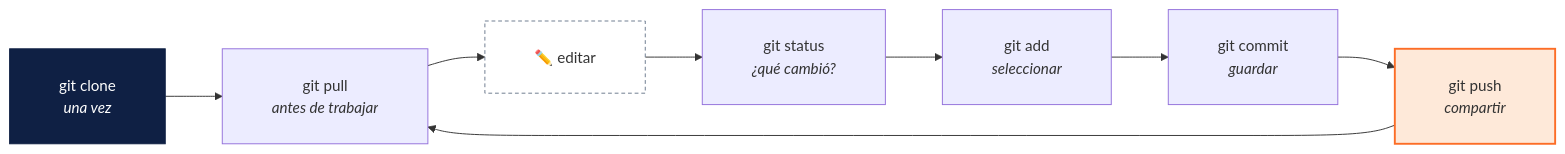
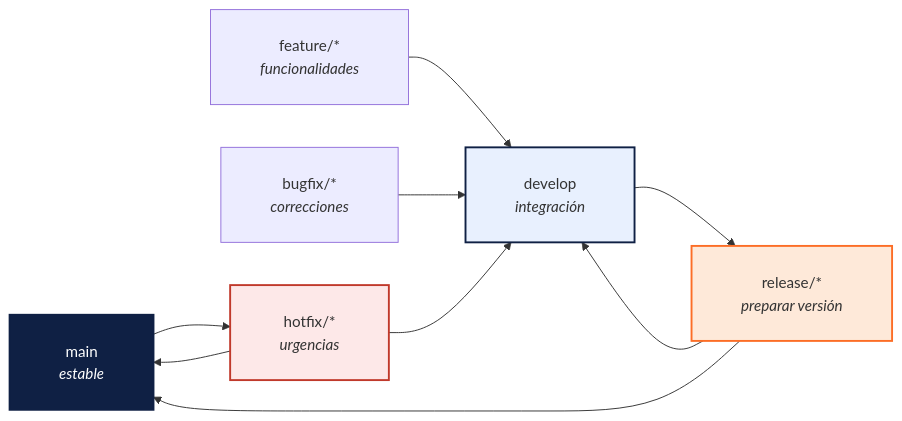
One commit to fralfaro/talks changed the second of 3 diagrams in ads/git_gitlab.qmd. Above: the diagram before and after it, drawn with Mermaid. The commit also changed other lines of this file and 16 other files, not shown here.

````diff
--- a/ads/git_gitlab.qmd
+++ b/ads/git_gitlab.qmd
@@ -354,16 +469,25 @@
 ```{mermaid}
-%%| fig-width: 12
+%%| fig-width: 13
 %%{init: {'flowchart': {'padding': 26, 'nodeSpacing': 45, 'rankSpacing': 60}}}%%
 flowchart LR
-    A["git clone<br/><i>una vez</i>"] --> B["git pull<br/><i>antes de trabajar</i>"]
-    B --> C["✏️ editar"]
-    C --> D["git status<br/><i>¿qué cambió?</i>"]
-    D --> E["git add<br/><i>seleccionar</i>"]
-    E --> F["git commit<br/><i>guardar</i>"]
-    F --> G["git push<br/><i>compartir</i>"]
-    G --> B
+    M["main<br/><i>estable</i>"]
+    D["develop<br/><i>integración</i>"]
+    F["feature/*<br/><i>funcionalidades</i>"]
+    B["bugfix/*<br/><i>correcciones</i>"]
+    R["release/*<br/><i>preparar versión</i>"]
+    H["hotfix/*<br/><i>urgencias</i>"]
 
-    style A fill:#0F2044,color:#fff,stroke:#0F2044
-    style C fill:#fff,stroke:#6B7A8D,stroke-dasharray: 4 3
-    style G fill:#FEE9D9,stroke:#FC6D26,stroke-width:2px
+    F --> D
+    B --> D
+    D --> R
+    R --> M
+    R --> D
+    M --> H
+    H --> M
+    H --> D
+
+    style M fill:#0F2044,color:#fff,stroke:#0F2044,stroke-width:2px
+    style D fill:#e8f0fe,stroke:#0F2044,stroke-width:2px
+    style R fill:#FEE9D9,stroke:#FC6D26,stroke-width:2px
+    style H fill:#FDE8E8,stroke:#C0392B,stroke-width:2px
 ```
````
